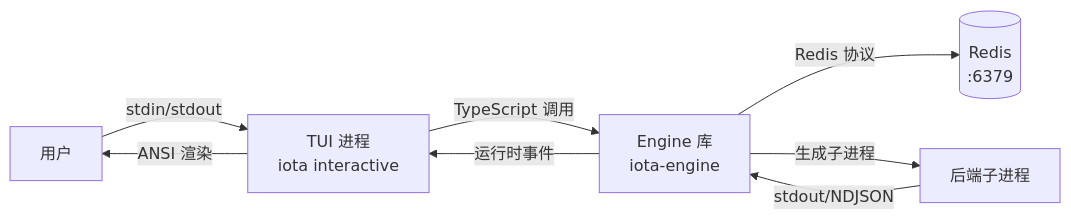
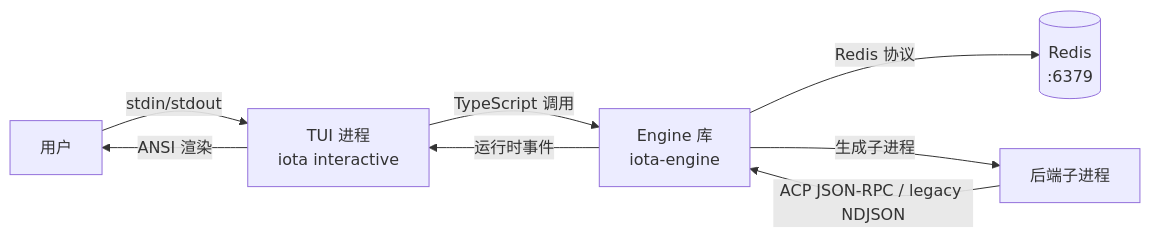
The diagram in docs/guides/03-tui-guide.md (feuyeux/iota), drawn with Mermaid before and after one commit. The commit also changed other lines of this file and 52 other files, not shown here.

````diff
--- a/docs/guides/03-tui-guide.md
+++ b/docs/guides/03-tui-guide.md
@@ -41,10 +41,10 @@
 ```mermaid
 graph LR
     User[用户] -->|stdin/stdout| TUI[TUI 进程<br/>iota interactive]
     TUI -->|TypeScript 调用| Engine[Engine 库<br/>iota-engine]
     Engine -->|Redis 协议| Redis[(Redis<br/>:6379)]
     Engine -->|生成子进程| Backend[后端子进程]
-    Backend -->|stdout/NDJSON| Engine
+    Backend -->|ACP JSON-RPC / legacy NDJSON| Engine
     Engine -->|运行时事件| TUI
     TUI -->|ANSI 渲染| User
 ```
````
